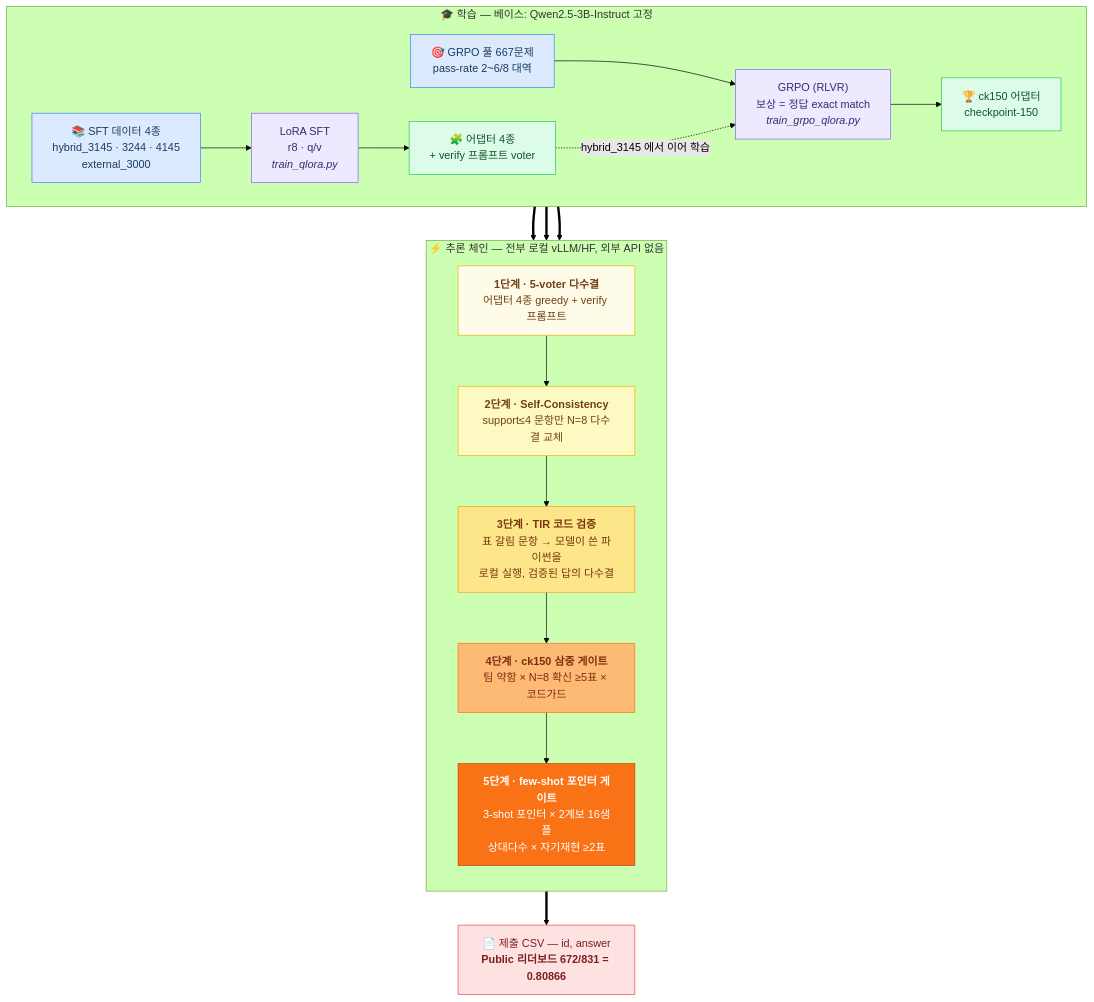
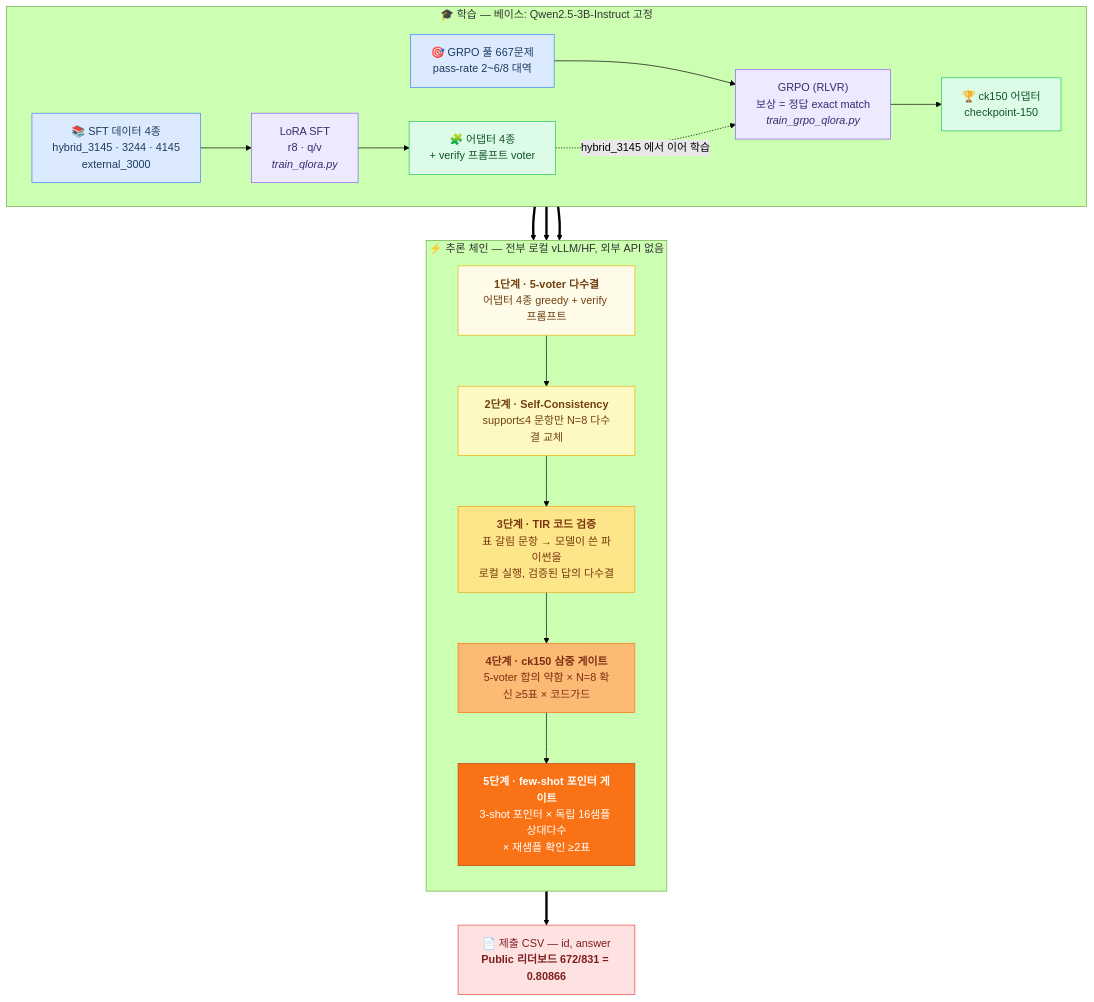
One commit to ale8ander/Deep-Learning-Challenge-2026 changed the diagram in README.md. Above: the diagram before and after it, drawn with Mermaid (forest theme). The commit also changed other lines of this file, not shown here.

````diff
--- a/README.md
+++ b/README.md
@@ -20,50 +20,50 @@
 ```mermaid
 flowchart TB
     subgraph 학습["🎓 학습 — 베이스: Qwen2.5-3B-Instruct 고정"]
         direction LR
         D1["📚 SFT 데이터 4종<br/>hybrid_3145 · 3244 · 4145<br/>external_3000"]
         D2["🎯 GRPO 풀 667문제<br/>pass-rate 2~6/8 대역"]
         T1["LoRA SFT<br/>r8 · q/v<br/><i>train_qlora.py</i>"]
         T2["GRPO (RLVR)<br/>보상 = 정답 exact match<br/><i>train_grpo_qlora.py</i>"]
         A1["🧩 어댑터 4종<br/>+ verify 프롬프트 voter"]
         A2["🏆 ck150 어댑터<br/>checkpoint-150"]
         D1 --> T1 --> A1
         D2 --> T2
         A1 -.hybrid_3145 에서 이어 학습.-> T2 --> A2
     end
 
     subgraph 추론["⚡ 추론 체인 — 전부 로컬 vLLM/HF, 외부 API 없음"]
         direction TB
         L1["<b>1단계 · 5-voter 다수결</b><br/>어댑터 4종 greedy + verify 프롬프트"]
         L2["<b>2단계 · Self-Consistency</b><br/>support≤4 문항만 N=8 다수결 교체"]
         L3["<b>3단계 · TIR 코드 검증</b><br/>표 갈림 문항 → 모델이 쓴 파이썬을<br/>로컬 실행, 검증된 답의 다수결"]
-        L4["<b>4단계 · ck150 삼중 게이트</b><br/>팀 약함 × N=8 확신 ≥5표 × 코드가드"]
-        L5["<b>5단계 · few-shot 포인터 게이트</b><br/>3-shot 포인터 × 2계보 16샘플<br/>상대다수 × 자기재현 ≥2표"]
+        L4["<b>4단계 · ck150 삼중 게이트</b><br/>5-voter 합의 약함 × N=8 확신 ≥5표 × 코드가드"]
+        L5["<b>5단계 · few-shot 포인터 게이트</b><br/>3-shot 포인터 × 독립 16샘플 상대다수<br/>× 재샘플 확인 ≥2표"]
         L1 --> L2 --> L3 --> L4 --> L5
     end
 
     A1 ==> L1
     A2 ==> L4
     A2 ==> L5
     L5 ==> CSV["📄 제출 CSV — id, answer<br/><b>Public 리더보드 672/831 = 0.80866</b>"]
 
     classDef data fill:#dbeafe,stroke:#3b82f6,color:#1e3a5f
     classDef train fill:#ede9fe,stroke:#8b5cf6,color:#3b2a6e
     classDef adapter fill:#dcfce7,stroke:#22c55e,color:#14532d
     classDef l1 fill:#fefce8,stroke:#eab308,color:#713f12
     classDef l2 fill:#fef9c3,stroke:#eab308,color:#713f12
     classDef l3 fill:#fde68a,stroke:#f59e0b,color:#78350f
     classDef l4 fill:#fdba74,stroke:#f97316,color:#7c2d12
     classDef l5 fill:#f97316,stroke:#c2410c,color:#ffffff
     classDef final fill:#fee2e2,stroke:#ef4444,color:#7f1d1d
 
     class D1,D2 data
     class T1,T2 train
     class A1,A2 adapter
     class L1 l1
     class L2 l2
     class L3 l3
     class L4 l4
     class L5 l5
     class CSV final
 ```
````
